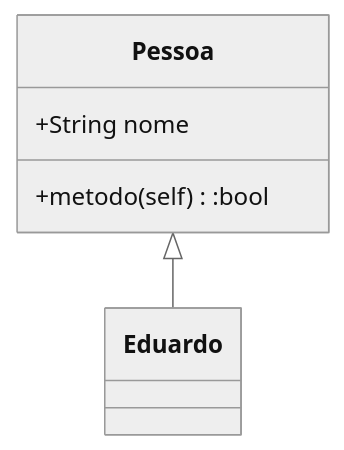
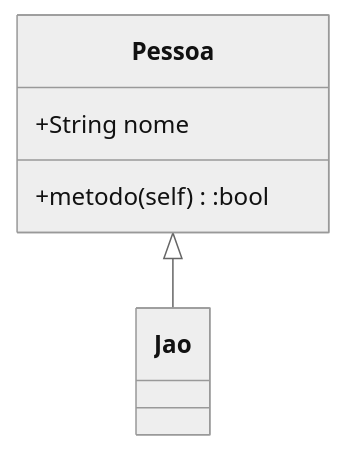
One commit to joaodanil0/joaodanil0.github.io changed the diagram in docs/Portugues/postagens/mkdocs.md. Above: the diagram before and after it, drawn with Mermaid (neutral theme). The commit also changed other lines of this file and 7 other files, not shown here.

````diff
--- a/docs/Portugues/postagens/mkdocs.md
+++ b/docs/Portugues/postagens/mkdocs.md
@@ -136,8 +245,8 @@
 ```mermaid
 classDiagram
-    Pessoa <|-- Eduardo
+    Pessoa <|-- Jao
     class Pessoa{
         +String nome
         +metodo(self):bool
     }
 ```
````
